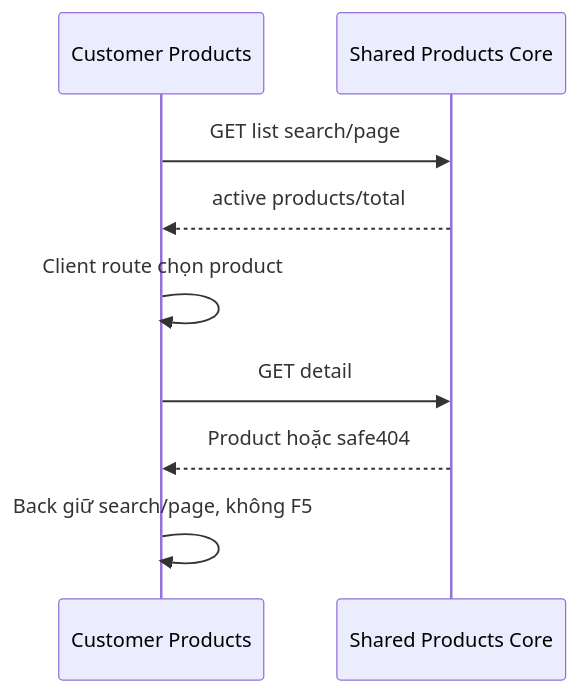
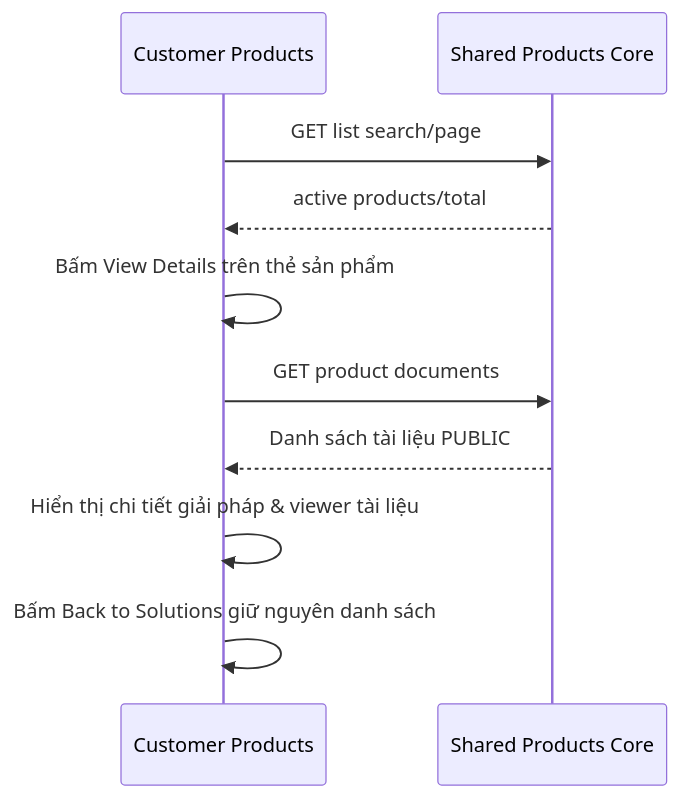
One commit to natuan05/LifeInsuranceAIAssistant changed the diagram in docs/ui/customer/plans/products/01-catalog-ui.md. Above: the diagram before and after it, drawn with Mermaid. The commit also changed other lines of this file and 47 other files, not shown here.

````diff
--- a/docs/ui/customer/plans/products/01-catalog-ui.md
+++ b/docs/ui/customer/plans/products/01-catalog-ui.md
@@ -17,11 +27,12 @@
 ```mermaid
 sequenceDiagram
   participant W as Customer Products
   participant C as Shared Products Core
   W->>C: GET list search/page
   C-->>W: active products/total
-  W->>W: Client route chọn product
-  W->>C: GET detail
-  C-->>W: Product hoặc safe404
-  W->>W: Back giữ search/page, không F5
+  W->>W: Bấm View Details trên thẻ sản phẩm
+  W->>C: GET product documents
+  C-->>W: Danh sách tài liệu PUBLIC
+  W->>W: Hiển thị chi tiết giải pháp & viewer tài liệu
+  W->>W: Bấm Back to Solutions giữ nguyên danh sách
 ```
````
